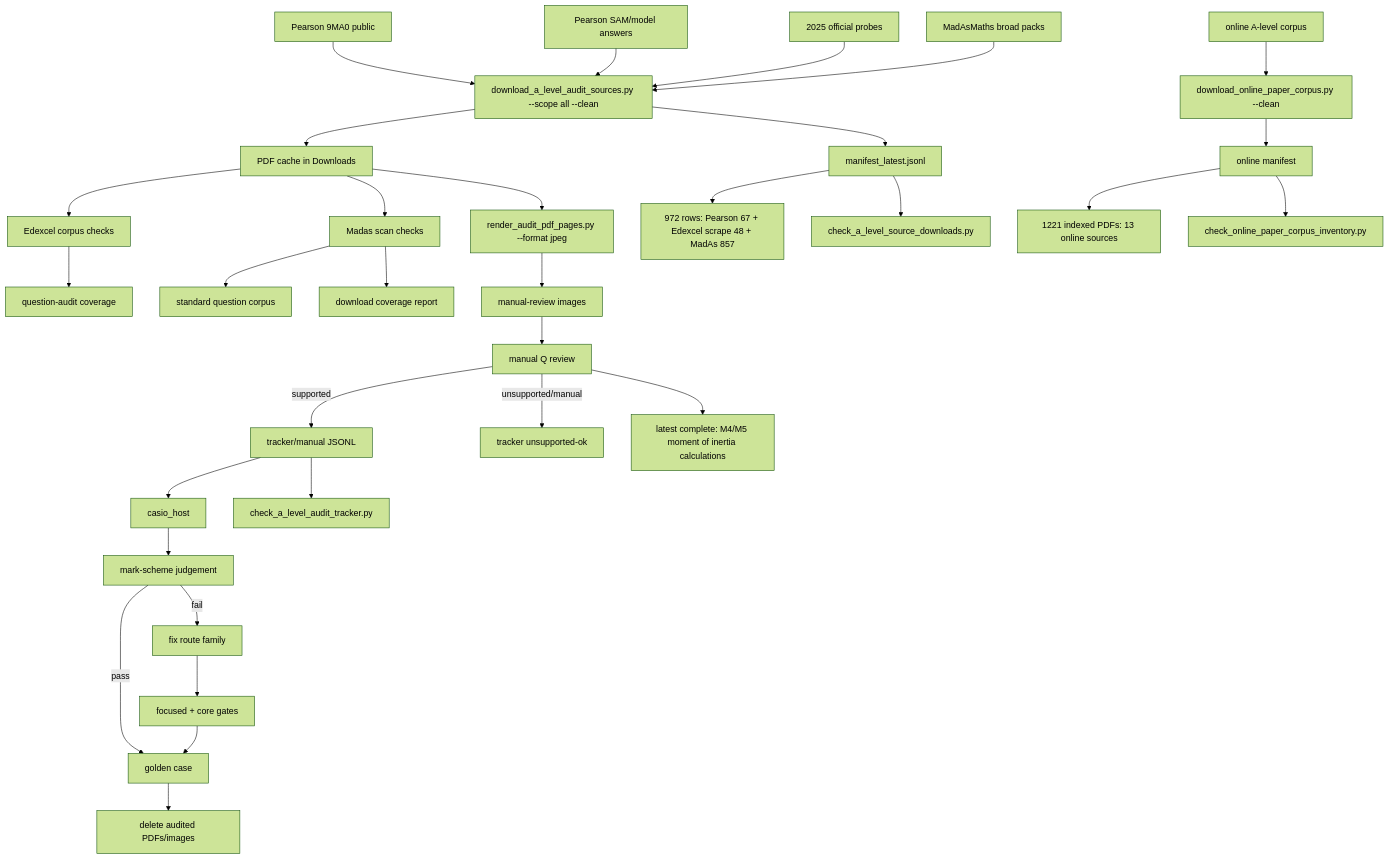
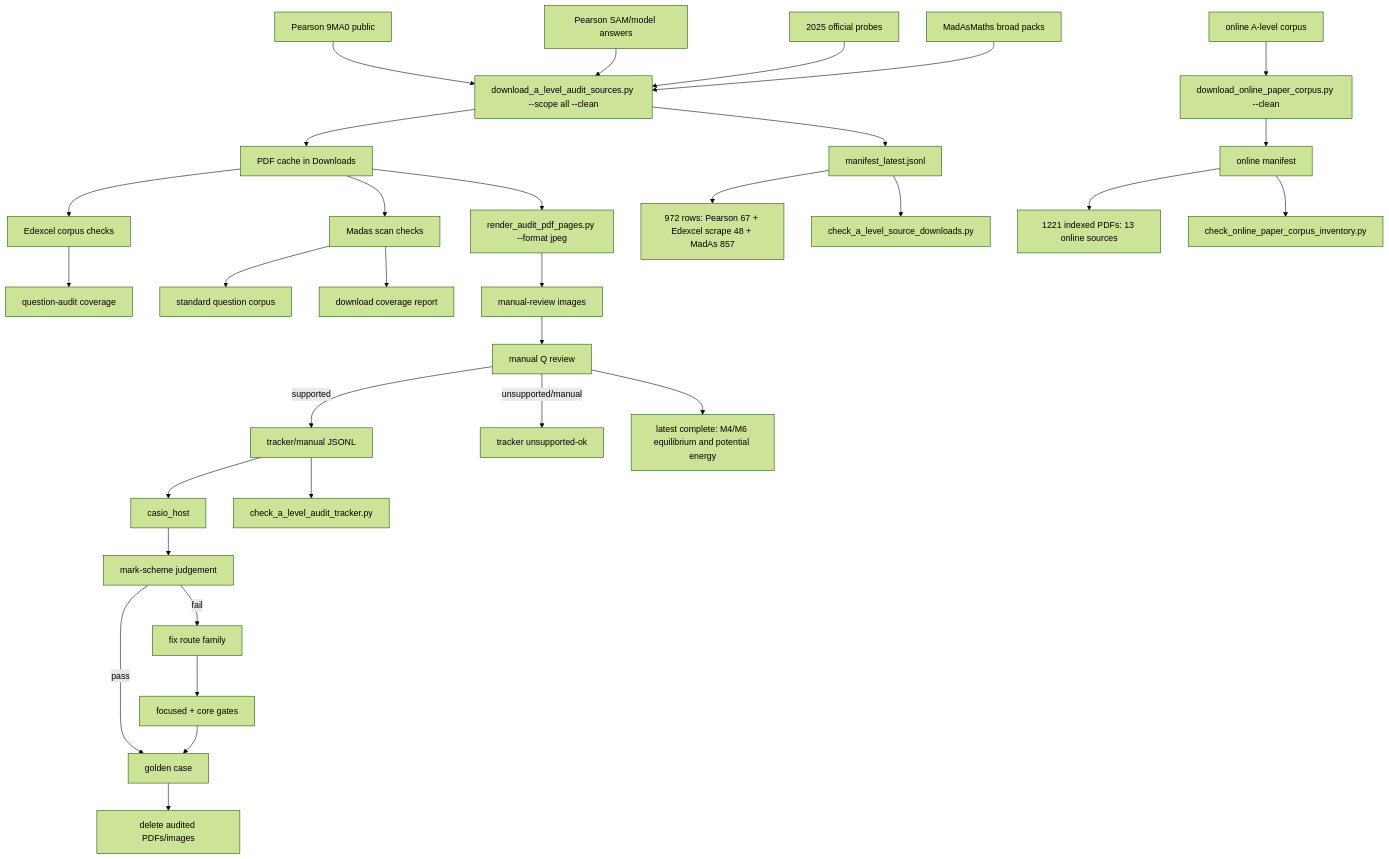
Before and after one commit to james8464/notes-addin-casio-fx-cg50: the diagram in c++/tools/golden/a_level_audit_graph.md, drawn with Mermaid (forest theme). The commit also changed other lines of this file and 2 other files, not shown here.

Commit message:
Audit M4 M6 equilibrium booklet

````diff
--- a/c++/tools/golden/a_level_audit_graph.md
+++ b/c++/tools/golden/a_level_audit_graph.md
@@ -3,34 +3,34 @@
 ```mermaid
 graph TD
   E1["Pearson 9MA0 public"] --> D["download_a_level_audit_sources.py --scope all --clean"]
   E2["Pearson SAM/model answers"] --> D
   E3["2025 official probes"] --> D
   M1["MadAsMaths broad packs"] --> D
   O1["online A-level corpus"] --> OD["download_online_paper_corpus.py --clean"]
   D --> P["PDF cache in Downloads"]
   D --> X["manifest_latest.jsonl"]
   OD --> OX["online manifest"]
   X --> XC["972 rows: Pearson 67 + Edexcel scrape 48 + MadAs 857"]
   OX --> OC["1221 indexed PDFs: 13 online sources"]
   X --> V["check_a_level_source_downloads.py"]
   OX --> OV["check_online_paper_corpus_inventory.py"]
   P --> E["Edexcel corpus checks"]
   E --> EQ["question-audit coverage"]
   P --> S["Madas scan checks"]
   S --> M["standard question corpus"]
   S --> MC["download coverage report"]
   P --> R["render_audit_pdf_pages.py --format jpeg"]
   R --> I["manual-review images"]
   I --> Q["manual Q review"]
   Q -->|supported| J["tracker/manual JSONL"]
   Q -->|unsupported/manual| U["tracker unsupported-ok"]
   J --> H["casio_host"]
   J --> K["check_a_level_audit_tracker.py"]
   H --> C["mark-scheme judgement"]
   C -->|pass| G["golden case"]
   C -->|fail| F["fix route family"]
   F --> T["focused + core gates"]
   T --> G
   G --> Z["delete audited PDFs/images"]
-  Q --> Qt["latest complete: M4/M5 moment of inertia calculations"]
+  Q --> Qt["latest complete: M4/M6 equilibrium and potential energy"]
 ```
````
